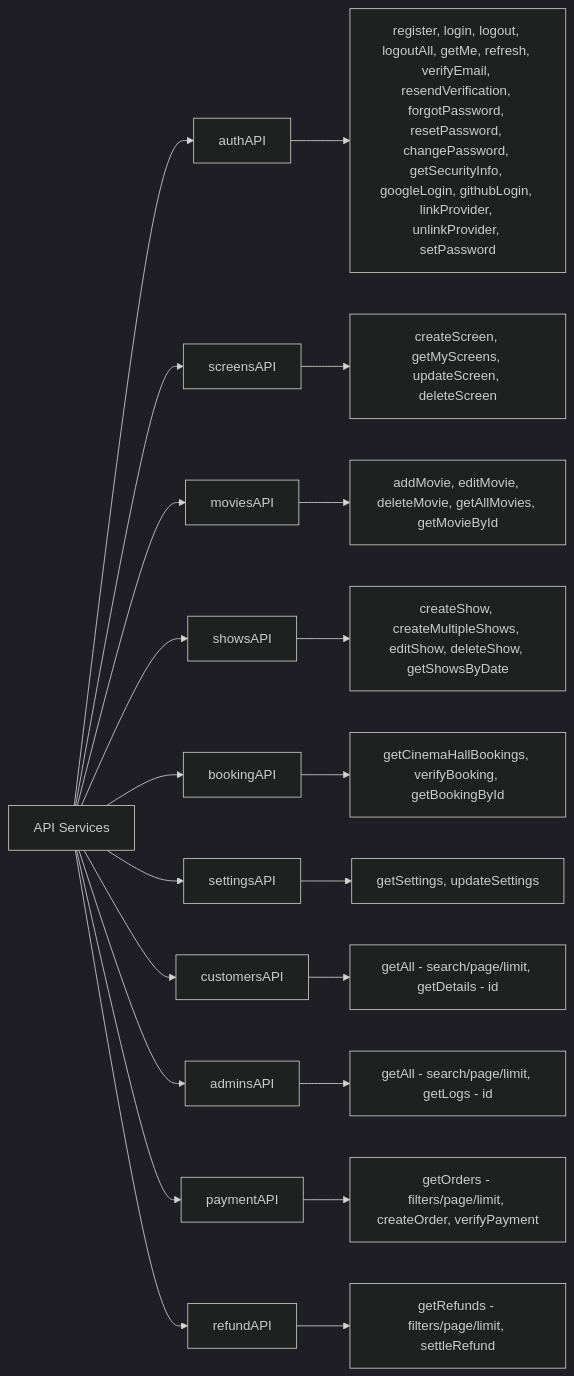
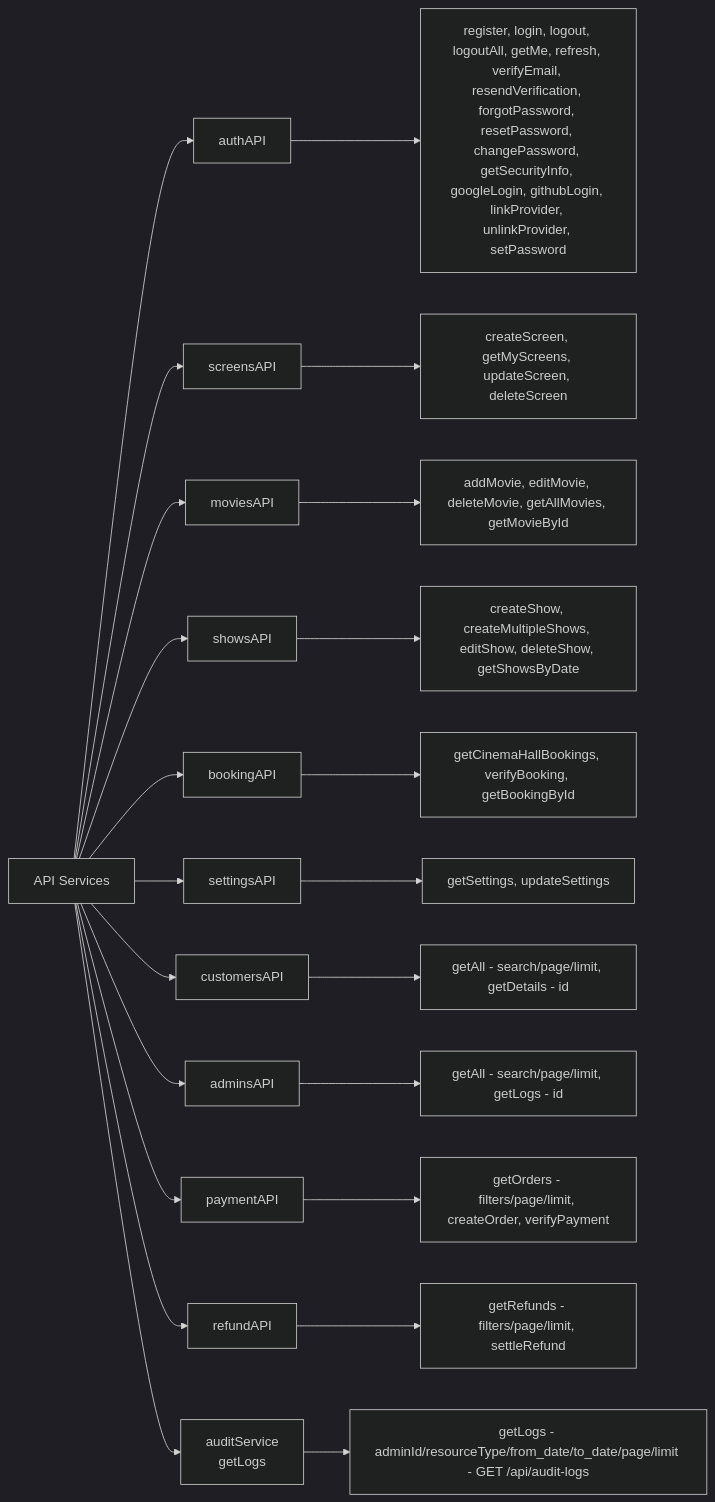
Before and after one commit to hduraimurugan/cinema-app-docs: diagram 12 of 17 in admin.md, drawn with Mermaid (dark theme). The commit also changed other lines of this file and 2 other files, not shown here.

Commit message:
feat: add audit log functionality with detailed tracking of business actions and user interactions

````diff
--- a/admin.md
+++ b/admin.md
@@ -1709,24 +1726,26 @@
 ```mermaid
 graph LR
     A[API Services] --> B[authAPI]
     A --> C[screensAPI]
     A --> D[moviesAPI]
     A --> E[showsAPI]
     A --> F[bookingAPI]
     A --> G2[settingsAPI]
     A --> G3[customersAPI]
     A --> G4[adminsAPI]
     A --> G5[paymentAPI]
     A --> G6[refundAPI]
+    A --> G7[auditService<br/>getLogs]
 
     B --> G[register, login, logout, logoutAll, getMe, refresh, verifyEmail, resendVerification, forgotPassword, resetPassword, changePassword, getSecurityInfo, googleLogin, githubLogin, linkProvider, unlinkProvider, setPassword]
     C --> H[createScreen, getMyScreens, updateScreen, deleteScreen]
     D --> I[addMovie, editMovie, deleteMovie, getAllMovies, getMovieById]
     E --> J[createShow, createMultipleShows, editShow, deleteShow, getShowsByDate]
     F --> K[getCinemaHallBookings, verifyBooking, getBookingById]
     G2 --> L[getSettings, updateSettings]
     G3 --> M[getAll - search/page/limit, getDetails - id]
     G4 --> N[getAll - search/page/limit, getLogs - id]
     G5 --> O[getOrders - filters/page/limit, createOrder, verifyPayment]
     G6 --> P[getRefunds - filters/page/limit, settleRefund]
+    G7 --> Q[getLogs - adminId/resourceType/from_date/to_date/page/limit - GET /api/audit-logs]
 ```
````
